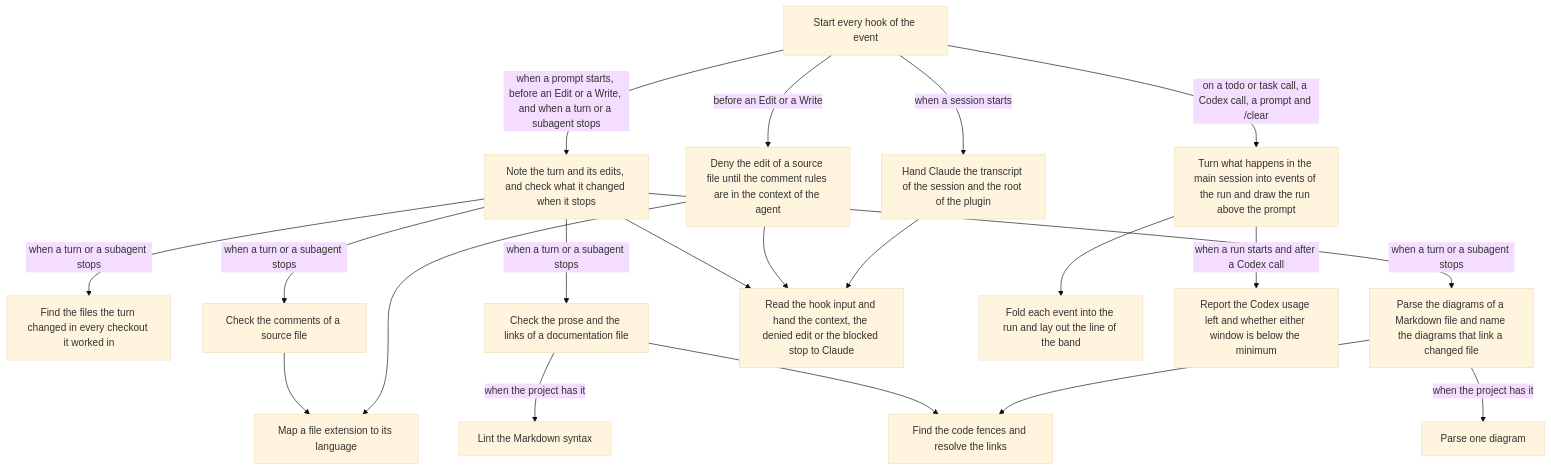
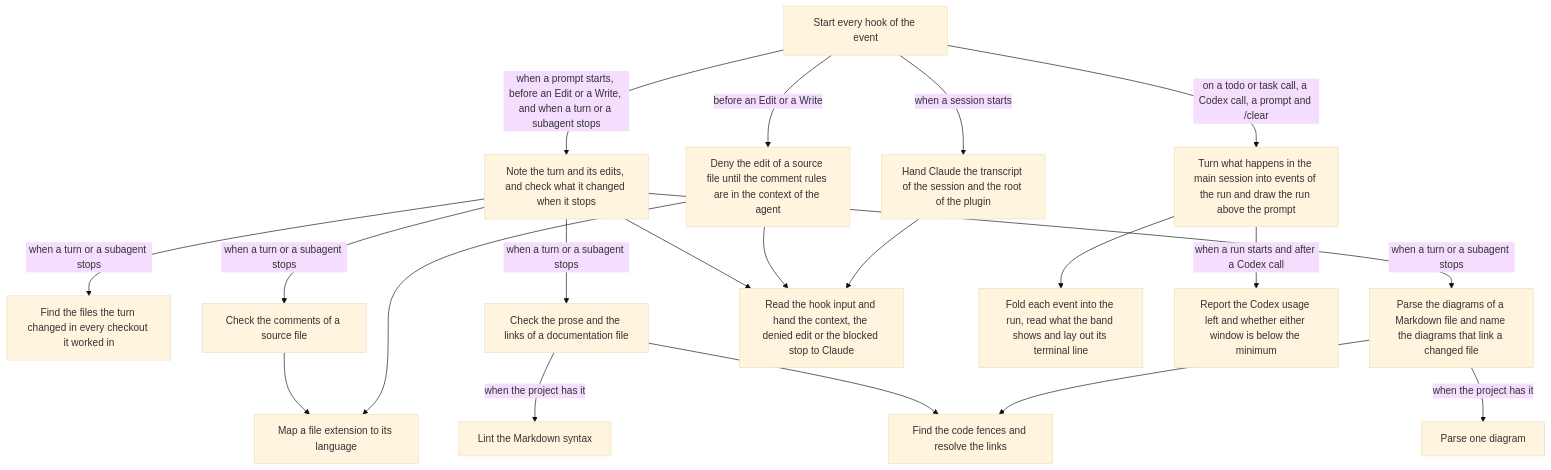
The diagram in hooks/README.md (renefatuaki/skills), drawn with Mermaid (base theme) before and after one commit. The commit also changed other lines of this file and 5 other files, not shown here.

First line of the commit message:
feat(hooks): draw the progress band in its own layout on desktop

````diff
--- a/hooks/README.md
+++ b/hooks/README.md
@@ -5,24 +5,24 @@
 ```mermaid
 flowchart TD
   accTitle: What happens when a session starts, while a turn runs, and while Claude works through a todo list?
   hooksJson["Start every hook of the event"]
   hooksJson -->|"when a session starts"| sessionContext["Hand Claude the transcript of the session and the root of the plugin"]
   hooksJson -->|"before an Edit or a Write"| loadCommentRules["Deny the edit of a source file until the comment rules are in the context of the agent"]
   hooksJson -->|"when a prompt starts, before an Edit or a Write, and when a turn or a subagent stops"| checkTurn["Note the turn and its edits, and check what it changed when it stops"]
   hooksJson -->|"on a todo or task call, a Codex call, a prompt and /clear"| progress["Turn what happens in the main session into events of the run and draw the run above the prompt"]
   checkTurn -->|"when a turn or a subagent stops"| changes["Find the files the turn changed in every checkout it worked in"]
   checkTurn -->|"when a turn or a subagent stops"| comments["Check the comments of a source file"]
   checkTurn -->|"when a turn or a subagent stops"| docs["Check the prose and the links of a documentation file"]
   checkTurn -->|"when a turn or a subagent stops"| diagrams["Parse the diagrams of a Markdown file and name the diagrams that link a changed file"]
   docs -->|"when the project has it"| markdownlint["Lint the Markdown syntax"]
   diagrams -->|"when the project has it"| mermaid["Parse one diagram"]
   docs --> markdown["Find the code fences and resolve the links"]
   diagrams --> markdown
   comments --> languages["Map a file extension to its language"]
   loadCommentRules --> languages
   checkTurn --> hook["Read the hook input and hand the context, the denied edit or the blocked stop to Claude"]
   loadCommentRules --> hook
   sessionContext --> hook
-  progress --> run["Fold each event into the run and lay out the line of the band"]
+  progress --> run["Fold each event into the run, read what the band shows and lay out its terminal line"]
   progress -->|"when a run starts and after a Codex call"| codexModel["Report the Codex usage left and whether either window is below the minimum"]
 ```
````
